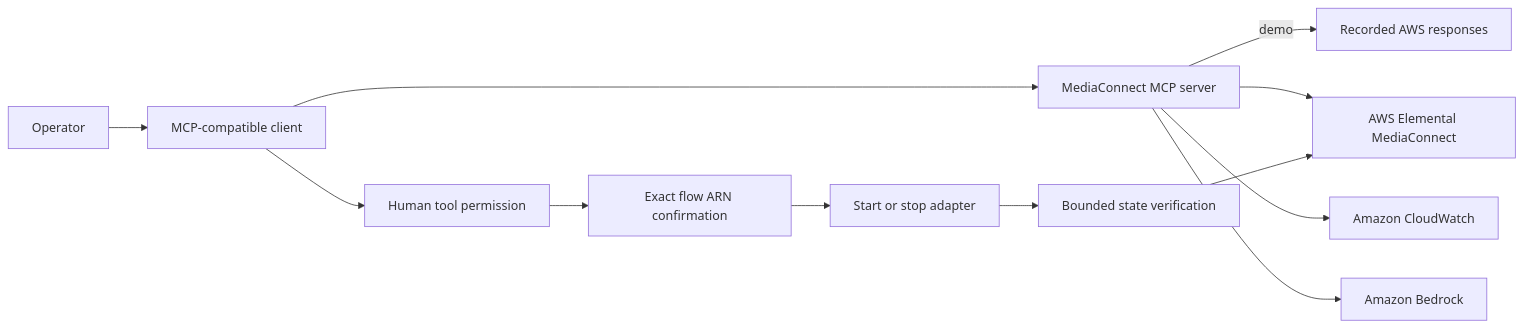
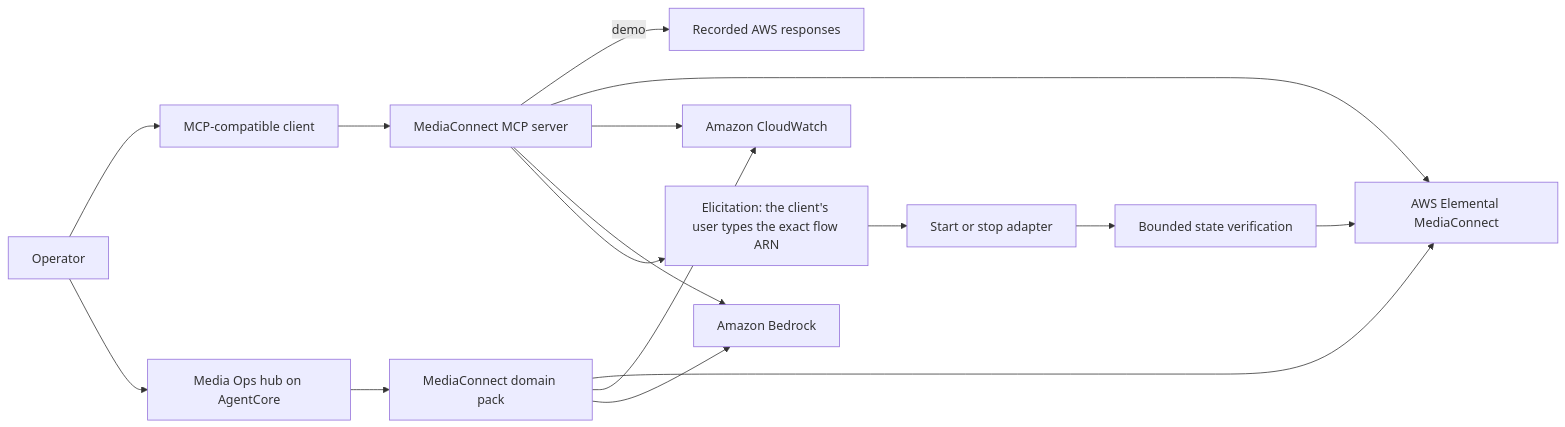
The diagram in samples/mediaconnect/README.md (aws-samples/sample-agentic-video-operations), drawn with Mermaid before and after one commit. The commit also changed other lines of this file and 244 other files, not shown here.

````diff
--- a/samples/mediaconnect/README.md
+++ b/samples/mediaconnect/README.md
@@ -22,15 +22,19 @@
 ```mermaid
 flowchart LR
     Operator --> Client[MCP-compatible client]
     Client --> Server[MediaConnect MCP server]
     Server -->|demo| Fixtures[Recorded AWS responses]
+    Operator --> Hub[Media Ops hub on AgentCore]
+    Hub --> Pack[MediaConnect domain pack]
     Server --> MC[AWS Elemental MediaConnect]
     Server --> CW[Amazon CloudWatch]
     Server --> BR[Amazon Bedrock]
+    Pack --> MC
+    Pack --> CW
+    Pack --> BR
 
-    Client --> Approval[Human tool permission]
-    Approval --> Confirm[Exact flow ARN confirmation]
+    Server --> Confirm[Elicitation: the client's user types the exact flow ARN]
     Confirm --> Write[Start or stop adapter]
     Write --> Verify[Bounded state verification]
     Verify --> MC
 ```
````
